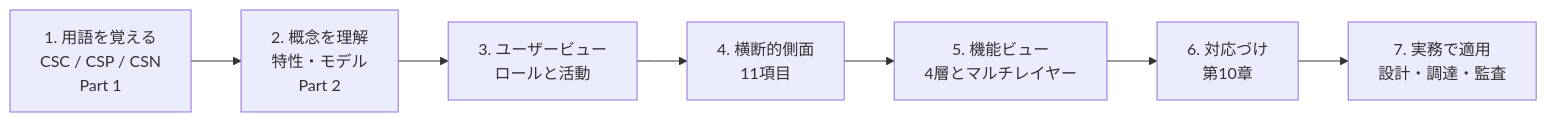
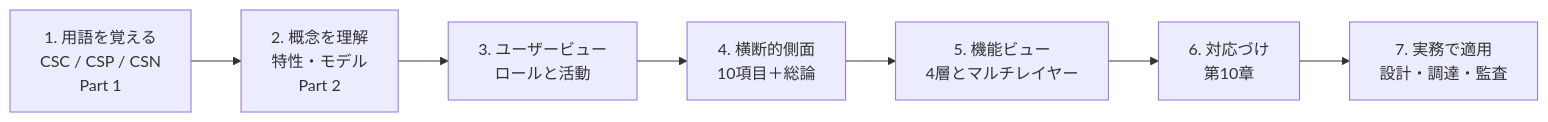
Before and after one commit to myoshi2891/Cloud-Infrastructure-and-Network-Studies: diagram 20 of 20 in Iso-iec-22123-3-2023-guide.md, drawn with Mermaid. The commit also changed other lines of this file, not shown here.

````diff
--- a/Iso-iec-22123-3-2023-guide.md
+++ b/Iso-iec-22123-3-2023-guide.md
@@ -672,9 +671,9 @@
 ```mermaid
 flowchart LR
     L1["1. 用語を覚える<br/>CSC / CSP / CSN<br/>Part 1"] --> L2["2. 概念を理解<br/>特性・モデル<br/>Part 2"]
     L2 --> L3["3. ユーザービュー<br/>ロールと活動"]
-    L3 --> L4["4. 横断的側面<br/>11項目"]
+    L3 --> L4["4. 横断的側面<br/>10項目＋総論"]
     L4 --> L5["5. 機能ビュー<br/>4層とマルチレイヤー"]
     L5 --> L6["6. 対応づけ<br/>第10章"]
     L6 --> L7["7. 実務で適用<br/>設計・調達・監査"]
 ```
````
